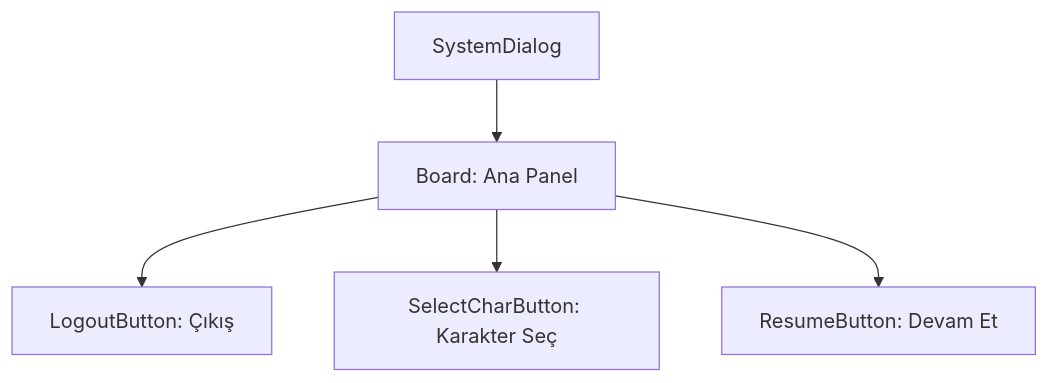
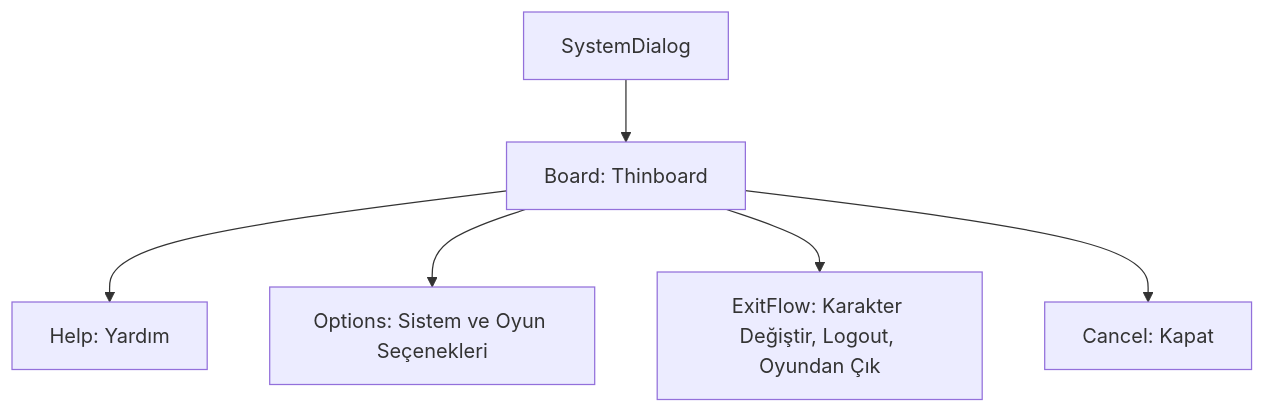
Before and after one commit to Engin622/Metin2-Pack-Agent-Skills: the diagram in uiscript/systemdialog/skills.md, drawn with Mermaid. The commit also changed other lines of this file and 7 other files, not shown here.

Commit message:
Documentation complete: All remaining UIScript files documented (SelectCharacter, SelectEmpire, SkillReset, SystemDialog, AdvancedHelp, IME, InputDialogs)

````diff
--- a/uiscript/systemdialog/skills.md
+++ b/uiscript/systemdialog/skills.md
@@ -30,7 +35,8 @@
 ```mermaid
 graph TD
-    A[SystemDialog] --> B[Board: Ana Panel]
-    B --> C[LogoutButton: Çıkış]
-    B --> D[SelectCharButton: Karakter Seç]
-    B --> E[ResumeButton: Devam Et]
+    A[SystemDialog] --> B[Board: Thinboard]
+    B --> C[Help: Yardım]
+    B --> D[Options: Sistem ve Oyun Seçenekleri]
+    B --> E[ExitFlow: Karakter Değiştir, Logout, Oyundan Çık]
+    B --> F[Cancel: Kapat]
 ```
````
